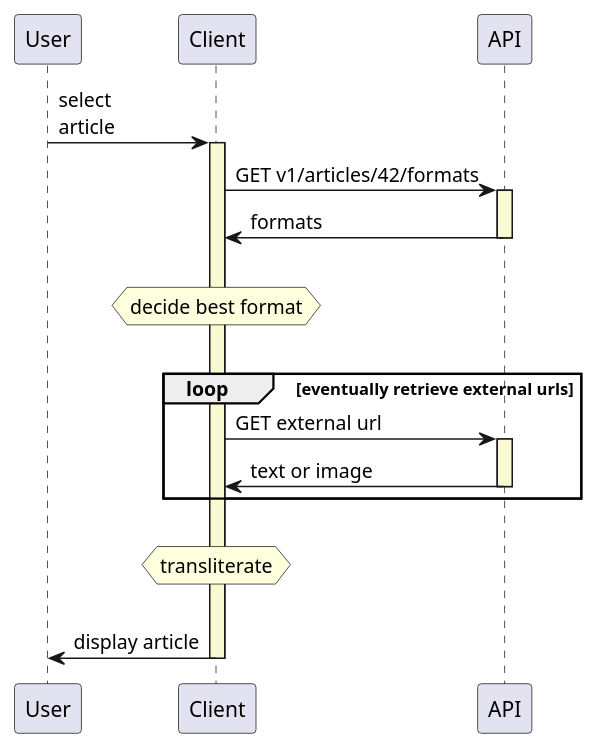
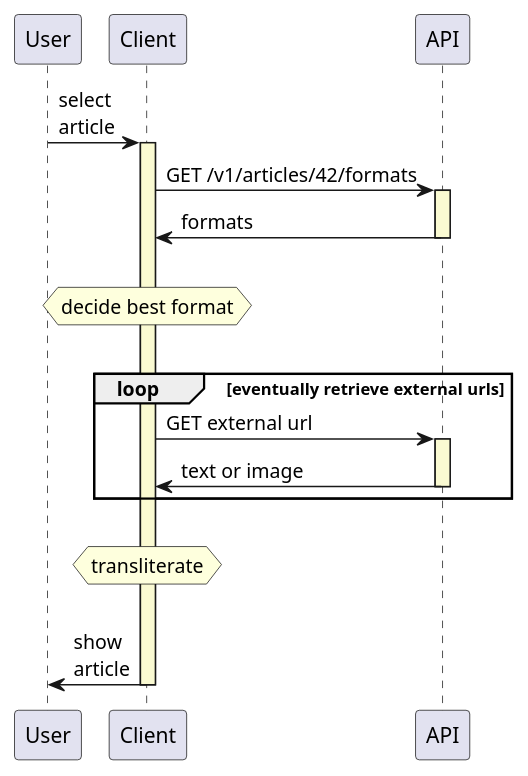
One commit to cceh/m-salt-api changed the third of 3 diagrams in doc/src/client.rst. Above: the diagram before and after it, drawn with PlantUML. The commit also changed other lines of this file and 29 other files, not shown here.

```diff
--- a/doc/src/client.rst
+++ b/doc/src/client.rst
@@ -129,32 +131,34 @@
 .. uml::
+   :align: center
+   :caption: Diagram of API calls for article retrieval.
 
-   participant User
+   participant User as u
    participant Client as c
    participant "API" as a1
 
    skinparam sequence {
 	  LifeLineBackgroundColor LightGoldenRodYellow
    }
 
-   User -> c: select\narticle
+   u -> c: select\narticle
    activate c
 
-   c -> a1: GET v1/articles/42/formats
+   c -> a1: GET /v1/articles/42/formats
    activate a1
    a1 -> c: formats
    deactivate a1
    ||20||
    hnote over c : decide best format
    ||20||
    loop eventually retrieve external urls
       c -> a1: GET external url
       activate a1
       a1 -> c: text or image
       deactivate a1
    end
    ||20||
    hnote over c: transliterate
    ||20||
-   c -> User: display article
+   c -> u: show\narticle
 
    deactivate c
```
